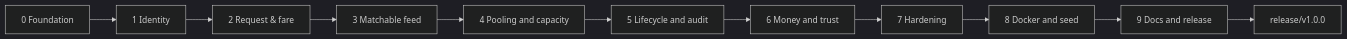
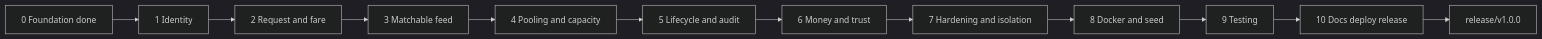
The diagram in PROJECT_PLAN.md (SarkerAlRaianMeraj/dhaka_tesla_pool), drawn with Mermaid (dark theme) before and after one commit. The commit also changed other lines of this file and 1 other file, not shown here.

First line of the commit message:
docs: move testing into its own phase and record the pooling decisions

````diff
--- a/PROJECT_PLAN.md
+++ b/PROJECT_PLAN.md
@@ -25,13 +25,14 @@
 ```mermaid
 flowchart LR
-    P0[0 Foundation] --> P1[1 Identity]
-    P1 --> P2[2 Request & fare]
+    P0[0 Foundation done] --> P1[1 Identity]
+    P1 --> P2[2 Request and fare]
     P2 --> P3[3 Matchable feed]
     P3 --> P4[4 Pooling and capacity]
     P4 --> P5[5 Lifecycle and audit]
     P5 --> P6[6 Money and trust]
-    P6 --> P7[7 Hardening]
+    P6 --> P7[7 Hardening and isolation]
     P7 --> P8[8 Docker and seed]
-    P8 --> P9[9 Docs and release]
-    P9 --> R[release/v1.0.0]
+    P8 --> P9[9 Testing]
+    P9 --> P10[10 Docs deploy release]
+    P10 --> R[release/v1.0.0]
 ```
````
